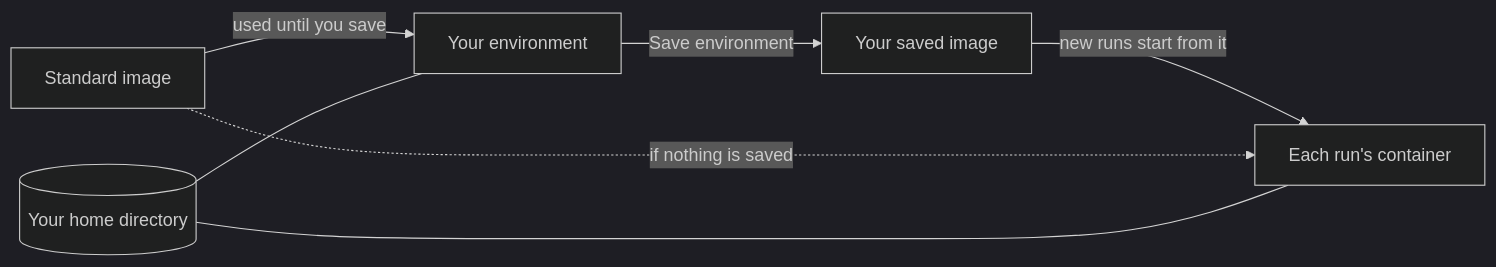
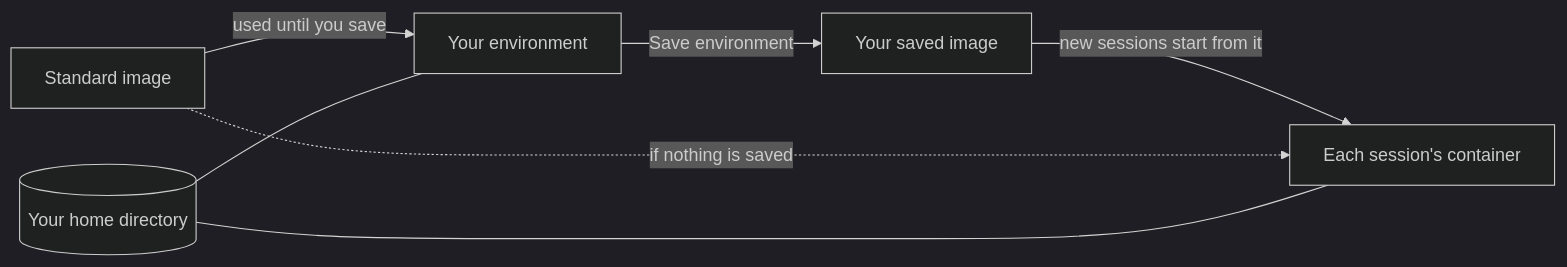
One commit to 3xDevOps/aether changed the diagram in docs/environments.md. Above: the diagram before and after it, drawn with Mermaid (dark theme). The commit also changed other lines of this file and 845 other files, not shown here.

First line of the commit message:
feat!: call runs sessions and child runs subsessions (#674)

````diff
--- a/docs/environments.md
+++ b/docs/environments.md
@@ -9,9 +9,9 @@
 ```mermaid
 flowchart LR
     std["Standard image"] -->|"used until you save"| env["Your environment"]
     env -->|"Save environment"| saved["Your saved image"]
-    saved -->|"new runs start from it"| run["Each run's container"]
+    saved -->|"new sessions start from it"| run["Each session's container"]
     std -.->|"if nothing is saved"| run
     home[("Your home directory")] --- env
     home --- run
 ```
````
